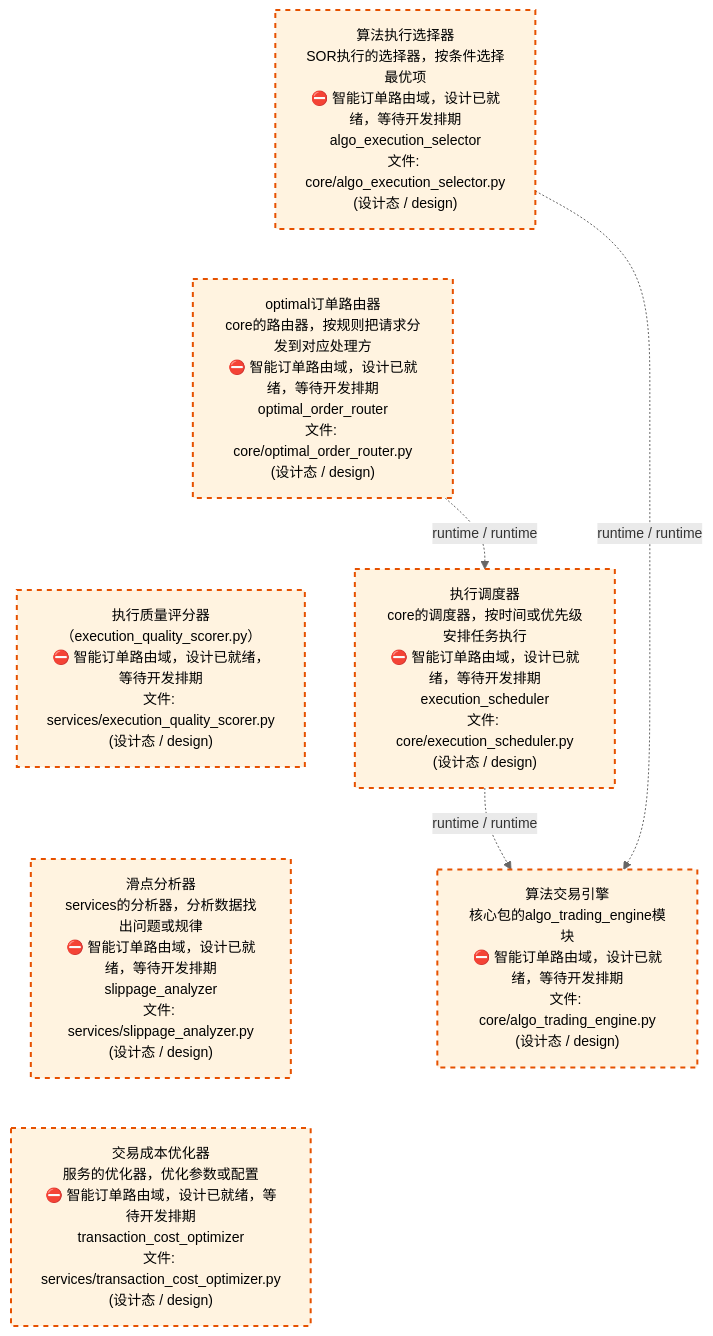
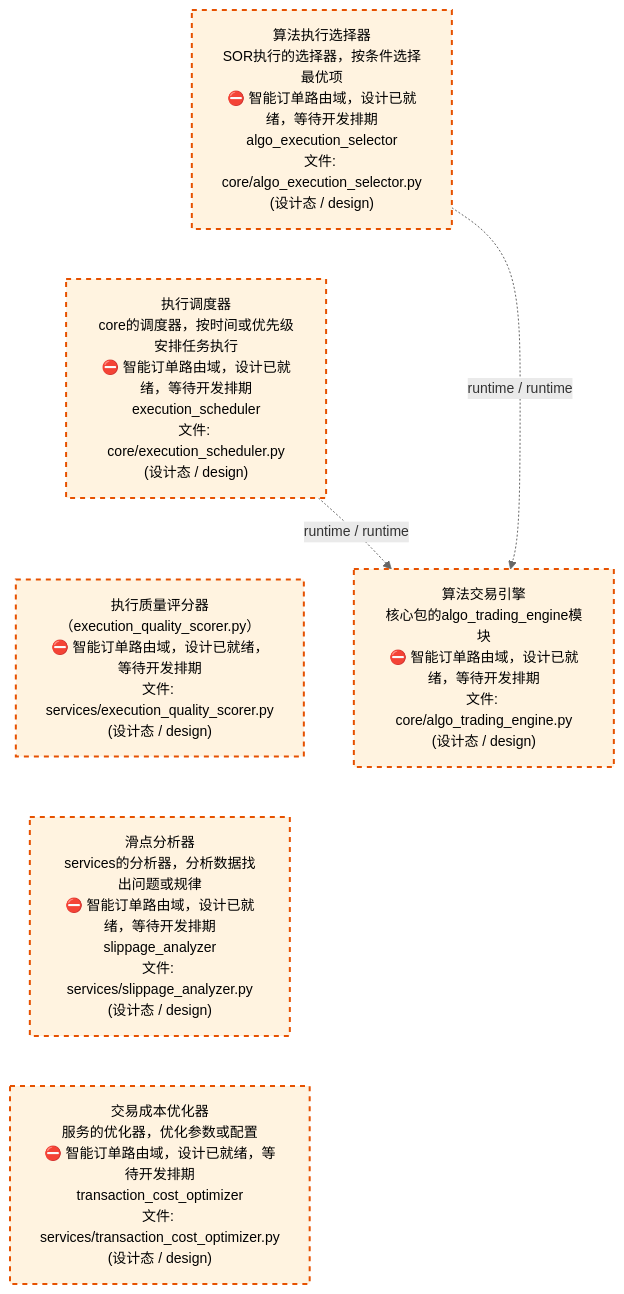
One commit to xuanFelixVan/ZephyrAlpha changed the third of 4 diagrams in docs/02_enterprise_architecture/02_domain_architecture_docs/45_d_ex_sor.md. Above: the diagram before and after it, drawn with Mermaid. The commit also changed other lines of this file and 48 other files, not shown here.

````diff
--- a/docs/02_enterprise_architecture/02_domain_architecture_docs/45_d_ex_sor.md
+++ b/docs/02_enterprise_architecture/02_domain_architecture_docs/45_d_ex_sor.md
@@ -148,23 +174,21 @@
 ```mermaid
 %%{init: {'theme': 'base', 'themeVariables': {'primaryColor': '#eaeaea', 'primaryTextColor': '#333333', 'primaryBorderColor': '#666666', 'lineColor': '#666666', 'secondaryColor': '#eaeaea', 'tertiaryColor': '#eaeaea', 'fontSize': '14px'}}}%%
 flowchart TD
     src_zephyr_ex_sor_core_algo_execution_selector_py["算法执行选择器<br/>SOR执行的选择器，按条件选择最优项<br/>⛔ 智能订单路由域，设计已就绪，等待开发排期<br/>algo_execution_selector<br/>文件: core/algo_execution_selector.py<br/>(设计态 / design)"]
-    src_zephyr_ex_sor_core_optimal_order_router_py["optimal订单路由器<br/>core的路由器，按规则把请求分发到对应处理方<br/>⛔ 智能订单路由域，设计已就绪，等待开发排期<br/>optimal_order_router<br/>文件: core/optimal_order_router.py<br/>(设计态 / design)"]
+    src_zephyr_ex_sor_core_execution_scheduler_py["执行调度器<br/>core的调度器，按时间或优先级安排任务执行<br/>⛔ 智能订单路由域，设计已就绪，等待开发排期<br/>execution_scheduler<br/>文件: core/execution_scheduler.py<br/>(设计态 / design)"]
     src_zephyr_ex_sor_services_execution_quality_scorer_py["执行质量评分器<br/>（execution_quality_scorer.py）<br/>⛔ 智能订单路由域，设计已就绪，等待开发排期<br/>文件: services/execution_quality_scorer.py<br/>(设计态 / design)"]
     src_zephyr_ex_sor_services_slippage_analyzer_py["滑点分析器<br/>services的分析器，分析数据找出问题或规律<br/>⛔ 智能订单路由域，设计已就绪，等待开发排期<br/>slippage_analyzer<br/>文件: services/slippage_analyzer.py<br/>(设计态 / design)"]
     src_zephyr_ex_sor_services_transaction_cost_optimizer_py["交易成本优化器<br/>服务的优化器，优化参数或配置<br/>⛔ 智能订单路由域，设计已就绪，等待开发排期<br/>transaction_cost_optimizer<br/>文件: services/transaction_cost_optimizer.py<br/>(设计态 / design)"]
-    src_zephyr_ex_sor_core_algo_execution_selector_py ~~~ src_zephyr_ex_sor_core_optimal_order_router_py
-    src_zephyr_ex_sor_core_optimal_order_router_py ~~~ src_zephyr_ex_sor_services_execution_quality_scorer_py
+    src_zephyr_ex_sor_core_algo_execution_selector_py ~~~ src_zephyr_ex_sor_core_execution_scheduler_py
+    src_zephyr_ex_sor_core_execution_scheduler_py ~~~ src_zephyr_ex_sor_services_execution_quality_scorer_py
     src_zephyr_ex_sor_services_execution_quality_scorer_py ~~~ src_zephyr_ex_sor_services_slippage_analyzer_py
     src_zephyr_ex_sor_services_slippage_analyzer_py ~~~ src_zephyr_ex_sor_services_transaction_cost_optimizer_py
-    src_zephyr_ex_sor_core_execution_scheduler_py["执行调度器<br/>core的调度器，按时间或优先级安排任务执行<br/>⛔ 智能订单路由域，设计已就绪，等待开发排期<br/>execution_scheduler<br/>文件: core/execution_scheduler.py<br/>(设计态 / design)"]
     src_zephyr_ex_sor_core_algo_trading_engine_py["算法交易引擎<br/>核心包的algo_trading_engine模块<br/>⛔ 智能订单路由域，设计已就绪，等待开发排期<br/>文件: core/algo_trading_engine.py<br/>(设计态 / design)"]
-    src_zephyr_ex_sor_core_optimal_order_router_py -.->|runtime / runtime| src_zephyr_ex_sor_core_execution_scheduler_py
     src_zephyr_ex_sor_core_execution_scheduler_py -.->|runtime / runtime| src_zephyr_ex_sor_core_algo_trading_engine_py
     src_zephyr_ex_sor_core_algo_execution_selector_py -.->|runtime / runtime| src_zephyr_ex_sor_core_algo_trading_engine_py
     classDef production fill:#e1f5fe,stroke:#01579b,stroke-width:2px,color:#000
     classDef design fill:#fff3e0,stroke:#e65100,stroke-width:2px,color:#000,stroke-dasharray: 5 5
     classDef external_prod fill:#e8f4fd,stroke:#0277bd,stroke-width:1px,color:#000
     classDef external_design fill:#fff8e7,stroke:#ef6c00,stroke-width:1px,color:#000,stroke-dasharray: 5 5
-    class src_zephyr_ex_sor_core_algo_execution_selector_py,src_zephyr_ex_sor_core_algo_trading_engine_py,src_zephyr_ex_sor_core_execution_scheduler_py,src_zephyr_ex_sor_core_optimal_order_router_py,src_zephyr_ex_sor_services_execution_quality_scorer_py,src_zephyr_ex_sor_services_slippage_analyzer_py,src_zephyr_ex_sor_services_transaction_cost_optimizer_py design
+    class src_zephyr_ex_sor_core_algo_execution_selector_py,src_zephyr_ex_sor_core_algo_trading_engine_py,src_zephyr_ex_sor_core_execution_scheduler_py,src_zephyr_ex_sor_services_execution_quality_scorer_py,src_zephyr_ex_sor_services_slippage_analyzer_py,src_zephyr_ex_sor_services_transaction_cost_optimizer_py design
 ```
````
